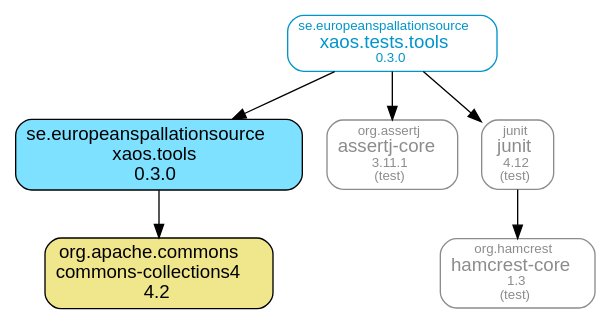
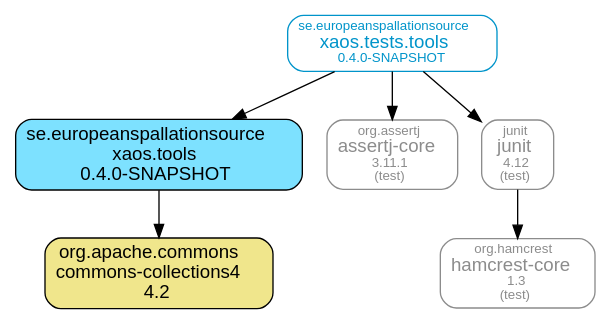
The diagram in xaos.tests.tools.module/doc/maven-dependencies.dot (ESSICS/XAOS), drawn with Graphviz before and after one commit. The commit also changed 15 other files, not shown here.

```diff
--- a/xaos.tests.tools.module/doc/maven-dependencies.dot
+++ b/xaos.tests.tools.module/doc/maven-dependencies.dot
@@ -1,19 +1,19 @@
 digraph "xaos.tests.tools" {
   node [shape="box",style="rounded",fontname="Helvetica",fontsize="14"]
   edge [fontsize="10",fontname="Helvetica"]
 
   // Node Definitions:
-  "se.europeanspallationsource:xaos.tools:jar"[shape="box",style="rounded, filled",fillcolor="#7DE1FF",label=<se.europeanspallationsource<br/>xaos.tools<br/>0.3.0>]
+  "se.europeanspallationsource:xaos.tools:jar"[shape="box",style="rounded, filled",fillcolor="#7DE1FF",label=<se.europeanspallationsource<br/>xaos.tools<br/>0.4.0-SNAPSHOT>]
   "org.apache.commons:commons-collections4:jar"[shape="box",style="rounded, filled",fillcolor="khaki",label=<org.apache.commons<br/>commons-collections4<br/>4.2>]
-  "se.europeanspallationsource:xaos.tests.tools:jar"[shape="box",style="rounded",color="#0094CA",fontname="Helvetica",fontsize="14",fontcolor="#0094CA",label=<<font color="#0094CA" point-size="10">se.europeanspallationsource</font><br/>xaos.tests.tools<font color="#0094CA" point-size="10"><br/>0.3.0</font>>]
+  "se.europeanspallationsource:xaos.tests.tools:jar"[shape="box",style="rounded",color="#0094CA",fontname="Helvetica",fontsize="14",fontcolor="#0094CA",label=<<font color="#0094CA" point-size="10">se.europeanspallationsource</font><br/>xaos.tests.tools<font color="#0094CA" point-size="10"><br/>0.4.0-SNAPSHOT</font>>]
   "org.assertj:assertj-core:jar"[shape="box",style="rounded",color="grey55",fontname="Helvetica",fontsize="14",fontcolor="grey55",label=<<font color="grey55" point-size="10">org.assertj</font><br/>assertj-core<font color="grey55" point-size="10"><br/>3.11.1</font><font color="grey55" point-size="10"><br/>(test)</font>>]
   "junit:junit:jar"[shape="box",style="rounded",color="grey55",fontname="Helvetica",fontsize="14",fontcolor="grey55",label=<<font color="grey55" point-size="10">junit</font><br/>junit<font color="grey55" point-size="10"><br/>4.12</font><font color="grey55" point-size="10"><br/>(test)</font>>]
   "org.hamcrest:hamcrest-core:jar"[shape="box",style="rounded",color="grey55",fontname="Helvetica",fontsize="14",fontcolor="grey55",label=<<font color="grey55" point-size="10">org.hamcrest</font><br/>hamcrest-core<font color="grey55" point-size="10"><br/>1.3</font><font color="grey55" point-size="10"><br/>(test)</font>>]
 
   // Edge Definitions:
   "se.europeanspallationsource:xaos.tools:jar" -> "org.apache.commons:commons-collections4:jar"
   "se.europeanspallationsource:xaos.tests.tools:jar" -> "se.europeanspallationsource:xaos.tools:jar"
   "se.europeanspallationsource:xaos.tests.tools:jar" -> "org.assertj:assertj-core:jar"
   "junit:junit:jar" -> "org.hamcrest:hamcrest-core:jar"
   "se.europeanspallationsource:xaos.tests.tools:jar" -> "junit:junit:jar"
 }
```
